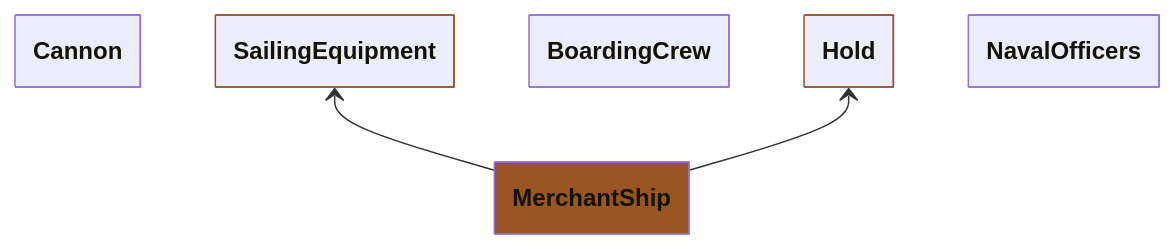
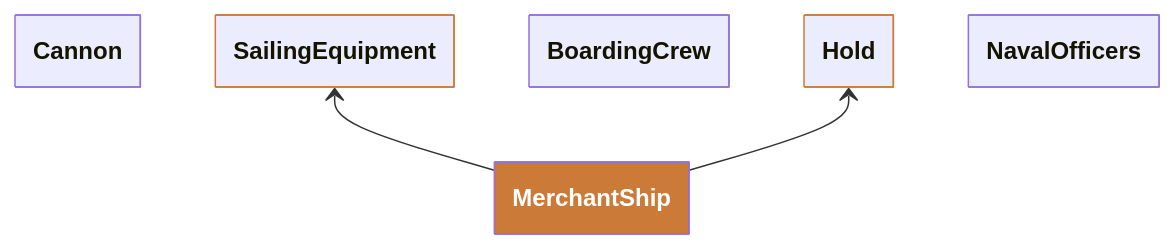
One commit to lewisbar/lewisbar.github.io changed the sixth of 10 diagrams in _posts/2025-08-29-Composite Reuse Principle.md. Above: the diagram before and after it, drawn with Mermaid. The commit also changed other lines of this file, not shown here.

Commit message:
Improve Mermaid colors to look good in light and dark mode

`````diff
--- a/_posts/2025-08-29-Composite Reuse Principle.md
+++ b/_posts/2025-08-29-Composite Reuse Principle.md
@@ -486,19 +486,19 @@
 ```mermaid
 ---
 config:
     class:
         hideEmptyMembersBox: true
 ---
 classDiagram
     class Cannon
     class SailingEquipment:::picked
     class BoardingCrew
     class Hold:::picked
     class NavalOfficers
     class MerchantShip
-    style MerchantShip fill:#952
-    classDef picked stroke:#952
+    style MerchantShip fill:#CC7A38,color:white
+    classDef picked stroke:#CC7A38
 
     SailingEquipment <-- MerchantShip
     Hold <-- MerchantShip
 ````
`````
